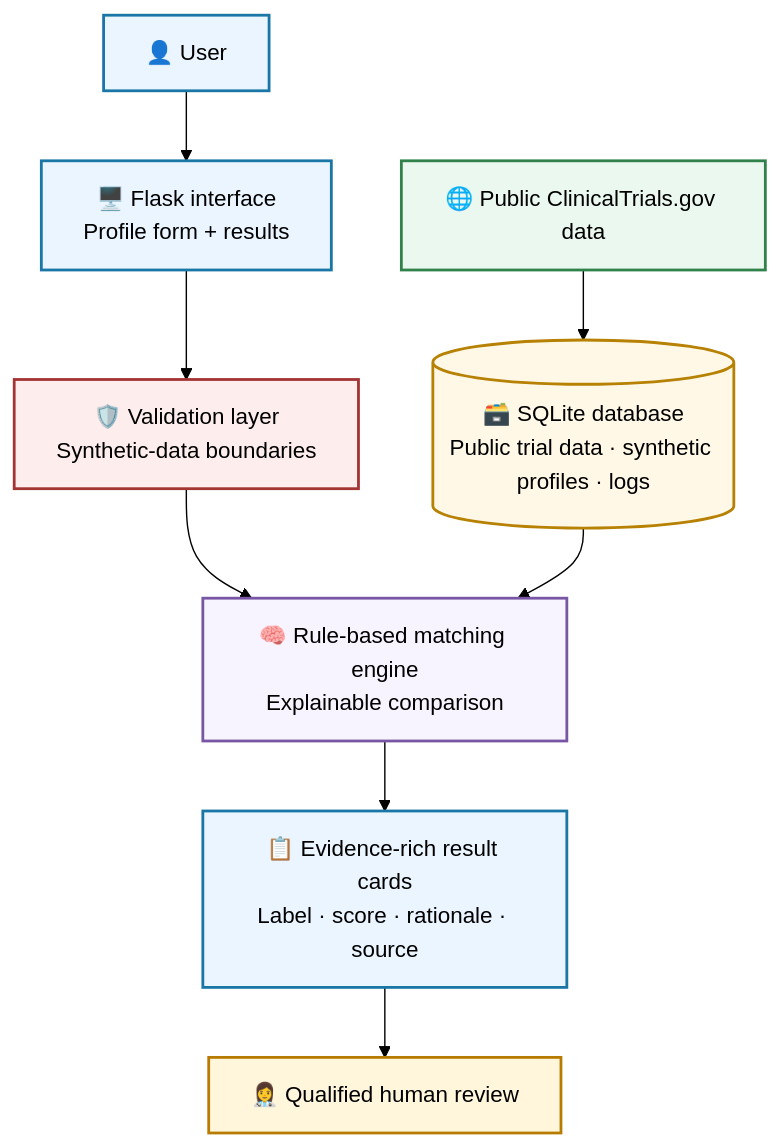
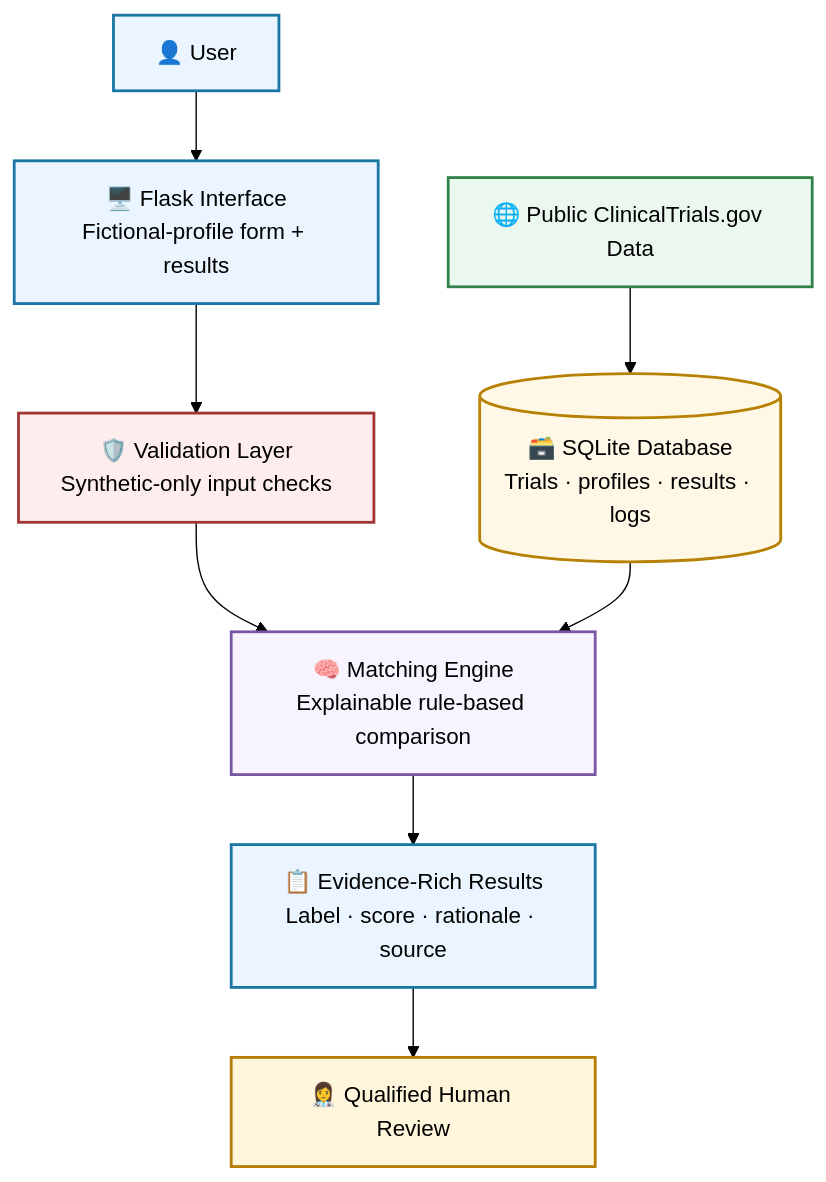
The third of 3 diagrams in README.md (vivek0717/agentic-clinical-trial-matching), drawn with Mermaid (forest theme) before and after one commit. The commit also changed other lines of this file, not shown here.

Commit message:
Create interactive README with workflow diagrams and project assets

````diff
--- a/README.md
+++ b/README.md
@@ -240,28 +264,28 @@
 ```mermaid
 flowchart TB
     U["👤 User"]
-    UI["🖥️ Flask interface<br/>Profile form + results"]
-    V["🛡️ Validation layer<br/>Synthetic-data boundaries"]
-    M["🧠 Rule-based matching engine<br/>Explainable comparison"]
-    DB[("🗃️ SQLite database<br/>Public trial data · synthetic profiles · logs")]
-    D["🌐 Public ClinicalTrials.gov data"]
-    R["📋 Evidence-rich result cards<br/>Label · score · rationale · source"]
-    H["👩‍⚕️ Qualified human review"]
+    UI["🖥️ Flask Interface<br/>Fictional-profile form + results"]
+    V["🛡️ Validation Layer<br/>Synthetic-only input checks"]
+    M["🧠 Matching Engine<br/>Explainable rule-based comparison"]
+    DB[("🗃️ SQLite Database<br/>Trials · profiles · results · logs")]
+    D["🌐 Public ClinicalTrials.gov Data"]
+    R["📋 Evidence-Rich Results<br/>Label · score · rationale · source"]
+    H["👩‍⚕️ Qualified Human Review"]
 
     U --> UI
     UI --> V
     V --> M
     DB --> M
     D --> DB
     M --> R
     R --> H
 
     style U fill:#EAF5FF,stroke:#1976A5,stroke-width:2px
     style UI fill:#EAF5FF,stroke:#1976A5,stroke-width:2px
     style V fill:#FDEDED,stroke:#A33434,stroke-width:2px
     style M fill:#F8F4FF,stroke:#7856A3,stroke-width:2px
     style DB fill:#FFF8E6,stroke:#B78103,stroke-width:2px
     style D fill:#EAF8EF,stroke:#31824A,stroke-width:2px
     style R fill:#EAF5FF,stroke:#1976A5,stroke-width:2px
     style H fill:#FFF6DC,stroke:#B77B00,stroke-width:2px
 ```
````
